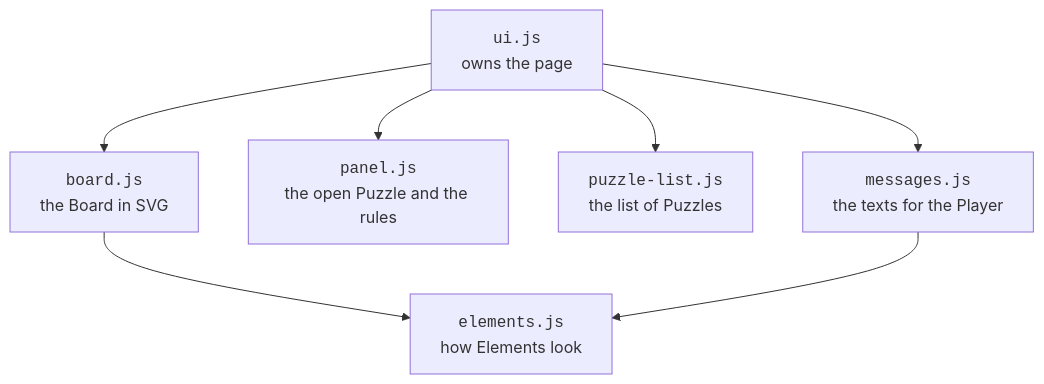
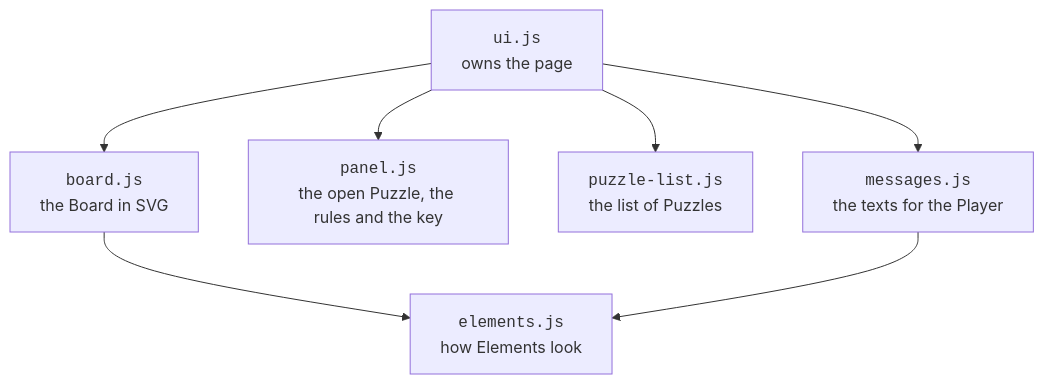
The first of 2 diagrams in docs/architecture.md (treetopbottle/molecuzzle), drawn with Mermaid before and after one commit. The commit also changed other lines of this file, not shown here.

Commit message:
docs: the architecture names the counts and the key

````diff
--- a/docs/architecture.md
+++ b/docs/architecture.md
@@ -17,16 +17,16 @@
 ```mermaid
 flowchart TD
   uijs["<code>ui.js</code><br/>owns the page"]
   board["<code>board.js</code><br/>the Board in SVG"]
-  panel["<code>panel.js</code><br/>the open Puzzle and the rules"]
+  panel["<code>panel.js</code><br/>the open Puzzle, the rules and the key"]
   list["<code>puzzle-list.js</code><br/>the list of Puzzles"]
   messages["<code>messages.js</code><br/>the texts for the Player"]
   looks["<code>elements.js</code><br/>how Elements look"]
 
   uijs --> board
   uijs --> panel
   uijs --> list
   uijs --> messages
   board --> looks
   messages --> looks
 ```
````
